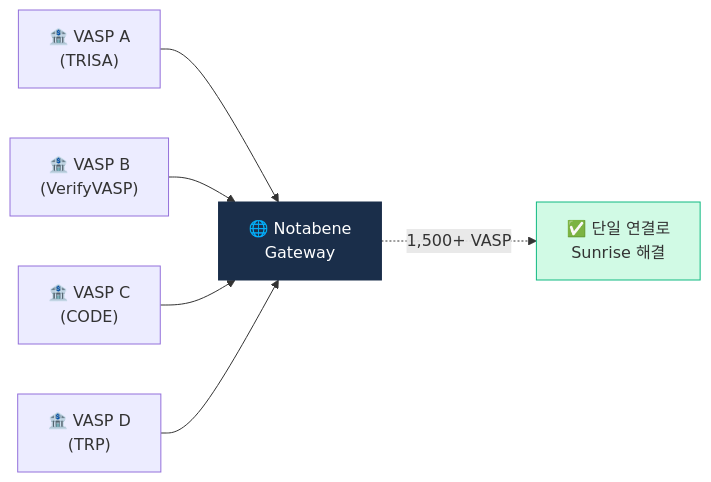
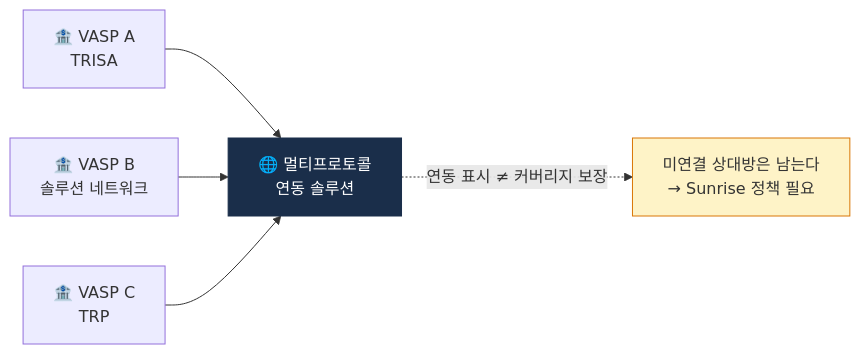
The first of 2 diagrams in curriculum/day_26.md (lala-david/aml-notes), drawn with Mermaid before and after one commit. The commit also changed other lines of this file and 233 other files, not shown here.

````diff
--- a/curriculum/day_26.md
+++ b/curriculum/day_26.md
@@ -13,10 +13,9 @@
 ```mermaid
 flowchart LR
-    V1["🏦 VASP A<br/>(TRISA)"] --> N["🌐 Notabene<br/>Gateway"]
-    V2["🏦 VASP B<br/>(VerifyVASP)"] --> N
-    V3["🏦 VASP C<br/>(CODE)"] --> N
-    V4["🏦 VASP D<br/>(TRP)"] --> N
-    N -.1,500+ VASP.-> S["✅ 단일 연결로<br/>Sunrise 해결"]
+    V1["🏦 VASP A<br/>TRISA"] --> N["🌐 멀티프로토콜<br/>연동 솔루션"]
+    V2["🏦 VASP B<br/>솔루션 네트워크"] --> N
+    V3["🏦 VASP C<br/>TRP"] --> N
+    N -.연동 표시 ≠ 커버리지 보장.-> S["미연결 상대방은 남는다<br/>→ Sunrise 정책 필요"]
     style N fill:#1a2e4a,color:#fff,stroke:#1a2e4a
-    style S fill:#d1fae5,stroke:#10b981
+    style S fill:#fef3c7,stroke:#d97706
 ```
````
